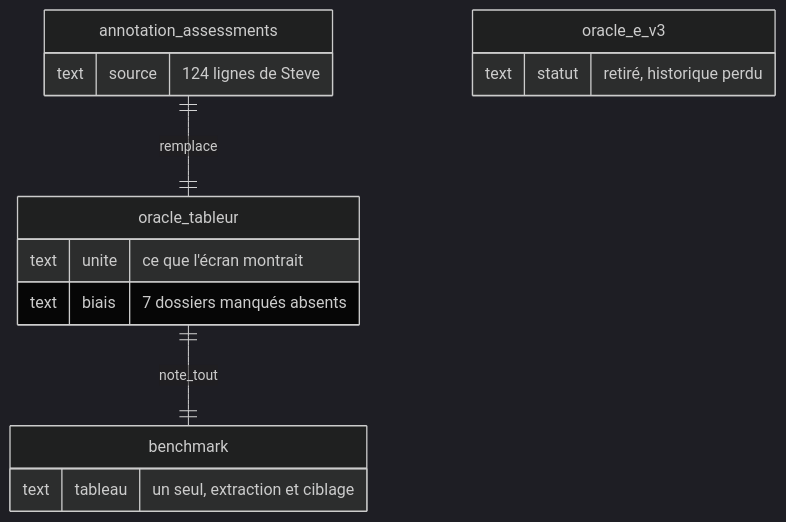
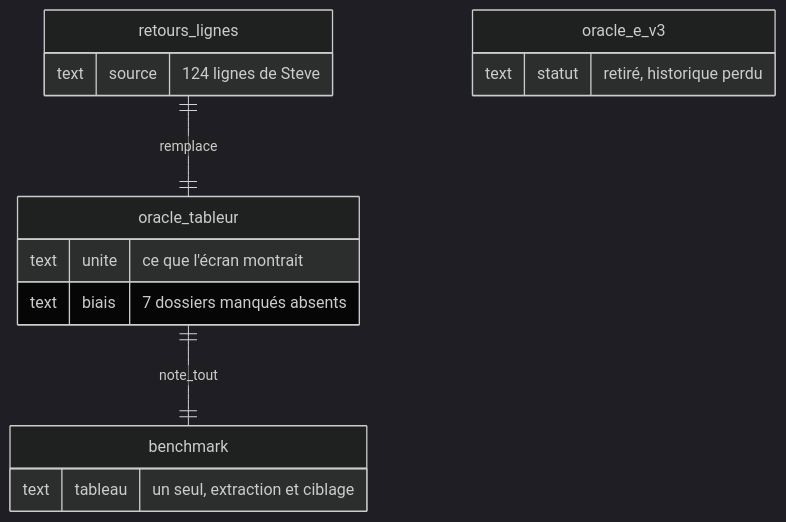
One commit to rhanka/radar-immobilier changed diagram 12 of 19 in docs/spec/reports/dossier-retours-steve/DOSSIER_DECISION_RETOURS_STEVE_2026-10-03.md. Above: the diagram before and after it, drawn with Mermaid (dark theme). The commit also changed other lines of this file and 38 other files, not shown here.

````diff
--- a/docs/spec/reports/dossier-retours-steve/DOSSIER_DECISION_RETOURS_STEVE_2026-10-03.md
+++ b/docs/spec/reports/dossier-retours-steve/DOSSIER_DECISION_RETOURS_STEVE_2026-10-03.md
@@ -1090,18 +1147,18 @@
 ```mermaid
 erDiagram
-    annotation_assessments ||--|| oracle_tableur : remplace
+    retours_lignes ||--|| oracle_tableur : remplace
     oracle_tableur ||--|| benchmark : note_tout
-    annotation_assessments {
+    retours_lignes {
       text source "124 lignes de Steve"
     }
     oracle_tableur {
       text unite "ce que l'écran montrait"
       text biais "7 dossiers manqués absents"
     }
     oracle_e_v3 {
       text statut "retiré, historique perdu"
     }
     benchmark {
       text tableau "un seul, extraction et ciblage"
     }
 ```
````
